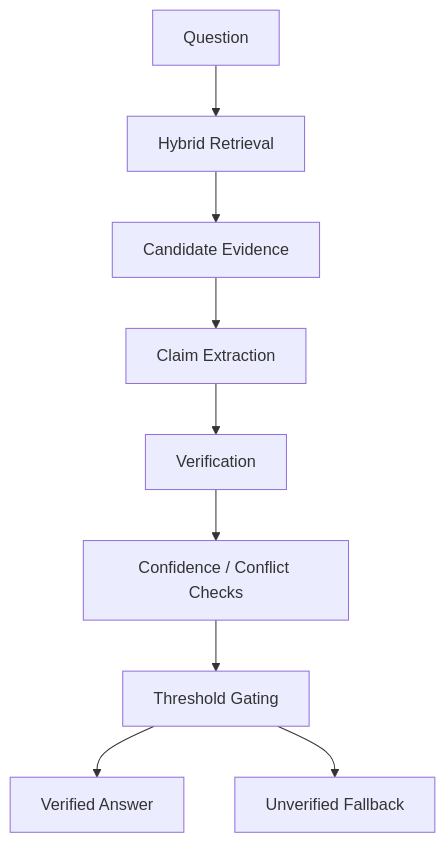
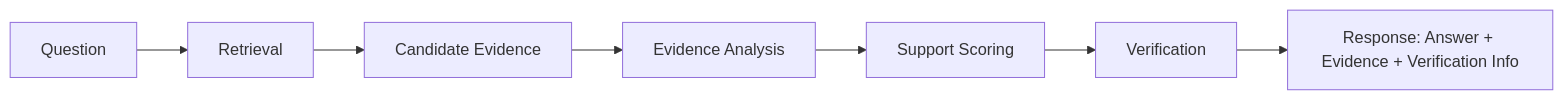
Before and after one commit to Ritesh18p/Knowledge-Integrity-Engine: the first of 4 diagrams in README.md, drawn with Mermaid. The commit also changed other lines of this file, not shown here.

````diff
--- a/README.md
+++ b/README.md
@@ -37,11 +49,9 @@
 ```mermaid
-flowchart TD
-    A[Question] --> B[Hybrid Retrieval]
-    B --> C[Candidate Evidence]
-    C --> D[Claim Extraction]
-    D --> E[Verification]
-    E --> F[Confidence / Conflict Checks]
-    F --> G[Threshold Gating]
-    G --> H[Verified Answer]
-    G --> I[Unverified Fallback]
+flowchart LR
+    Q[Question] --> R[Retrieval]
+    R --> CE[Candidate Evidence]
+    CE --> EA[Evidence Analysis]
+    EA --> SS[Support Scoring]
+    SS --> V[Verification]
+    V --> RESP[Response: Answer + Evidence + Verification Info]
 ```
````
